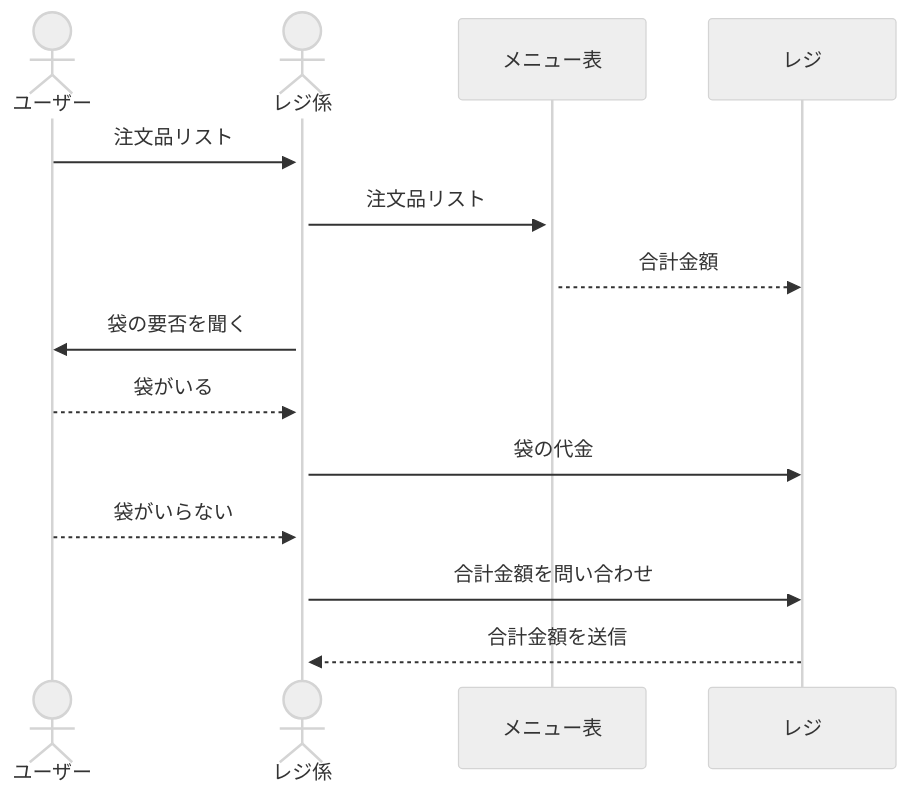
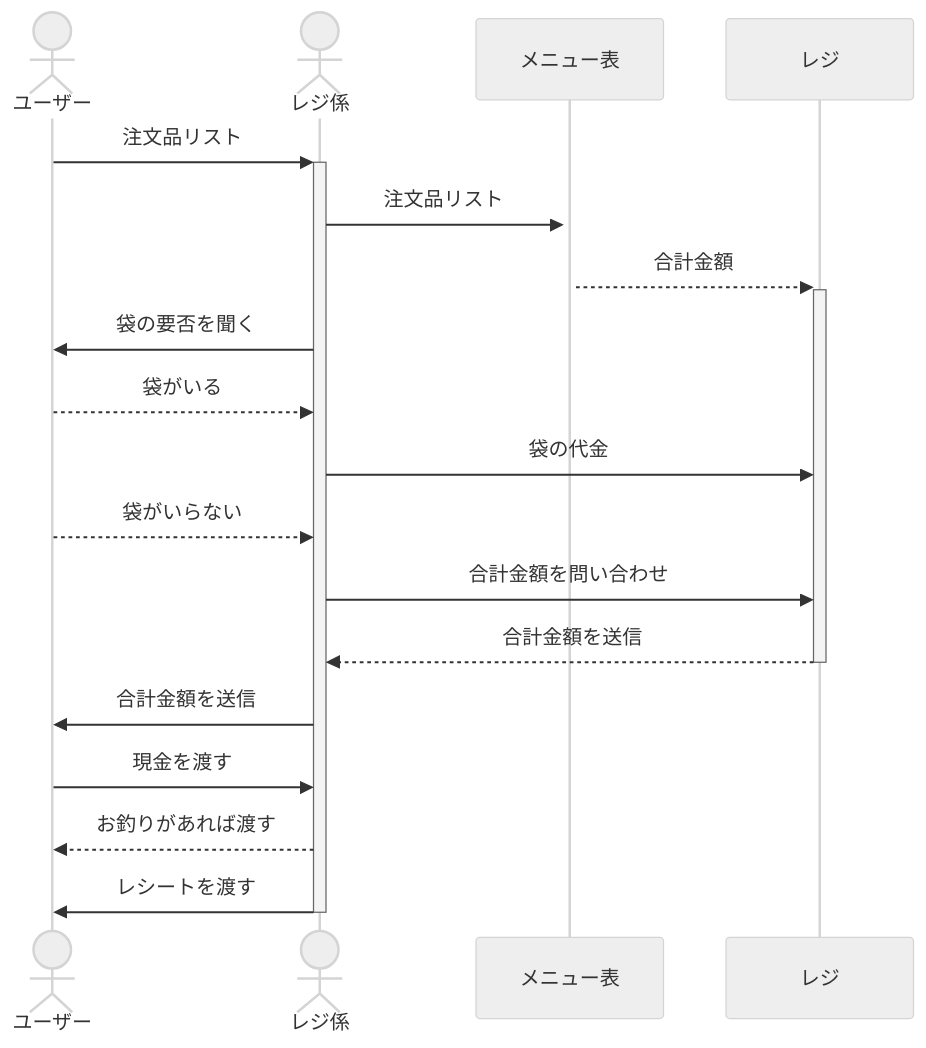
Before and after one commit to rrr-bit00/kougi: the diagram in zugagijutu/第6回/kadai.md, drawn with Mermaid (neutral theme).

````diff
--- a/zugagijutu/第6回/kadai.md
+++ b/zugagijutu/第6回/kadai.md
@@ -1,19 +1,23 @@
 ```mermaid
 
 sequenceDiagram
 actor user as ユーザー
 actor rezi as レジ係
 participant menu as メニュー表
 participant rezidai as レジ
 
 user ->>+ rezi: 注文品リスト
 rezi ->>+ menu: 注文品リスト
-menu -->> rezidai: 合計金額
+menu -->>+ rezidai: 合計金額
 rezi ->> user: 袋の要否を聞く
 user -->> rezi: 袋がいる
 rezi ->> rezidai: 袋の代金
 user -->> rezi: 袋がいらない
 rezi ->> rezidai:合計金額を問い合わせ
-rezidai -->> rezi: 合計金額を送信 
+rezidai -->>- rezi: 合計金額を送信 
+rezi ->> user: 合計金額を送信
+user ->> rezi: 現金を渡す
+rezi -->> user: お釣りがあれば渡す
+rezi ->>- user: レシートを渡す
 
 ```
````
